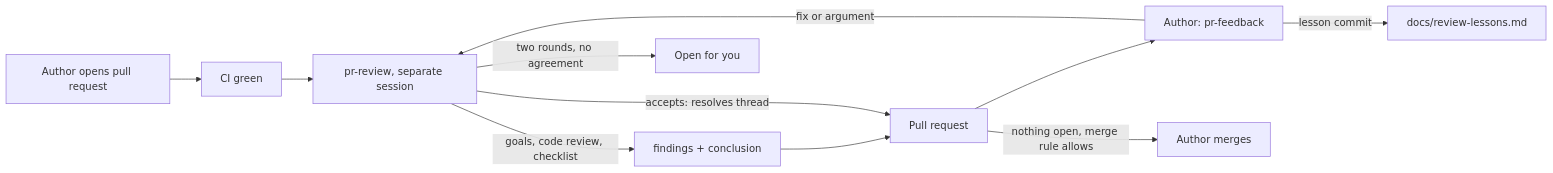
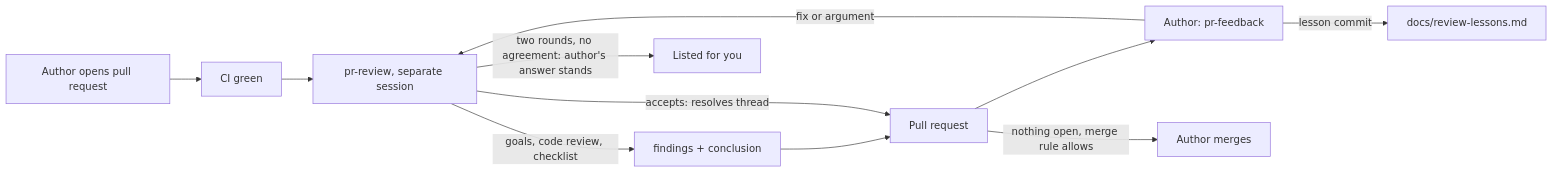
The diagram in .agents/skills/pr-review/README.md (SMB-M87/Kinetra), drawn with Mermaid before and after one commit. The commit also changed other lines of this file and 9 other files, not shown here.

````diff
--- a/.agents/skills/pr-review/README.md
+++ b/.agents/skills/pr-review/README.md
@@ -31,13 +30,13 @@
 ```mermaid
 flowchart LR
     A0[Author opens pull request] --> CI[CI green]
     CI --> R[pr-review, separate session]
     R -->|goals, code review, checklist| F[findings + conclusion]
     F --> PR[Pull request]
     PR --> A[Author: pr-feedback]
     A -->|fix or argument| R
     R -->|accepts: resolves thread| PR
-    R -->|two rounds, no agreement| U[Open for you]
+    R -->|two rounds, no agreement: author's answer stands| U[Listed for you]
     PR -->|nothing open, merge rule allows| M[Author merges]
     A -->|lesson commit| L[docs/review-lessons.md]
 ```
````
